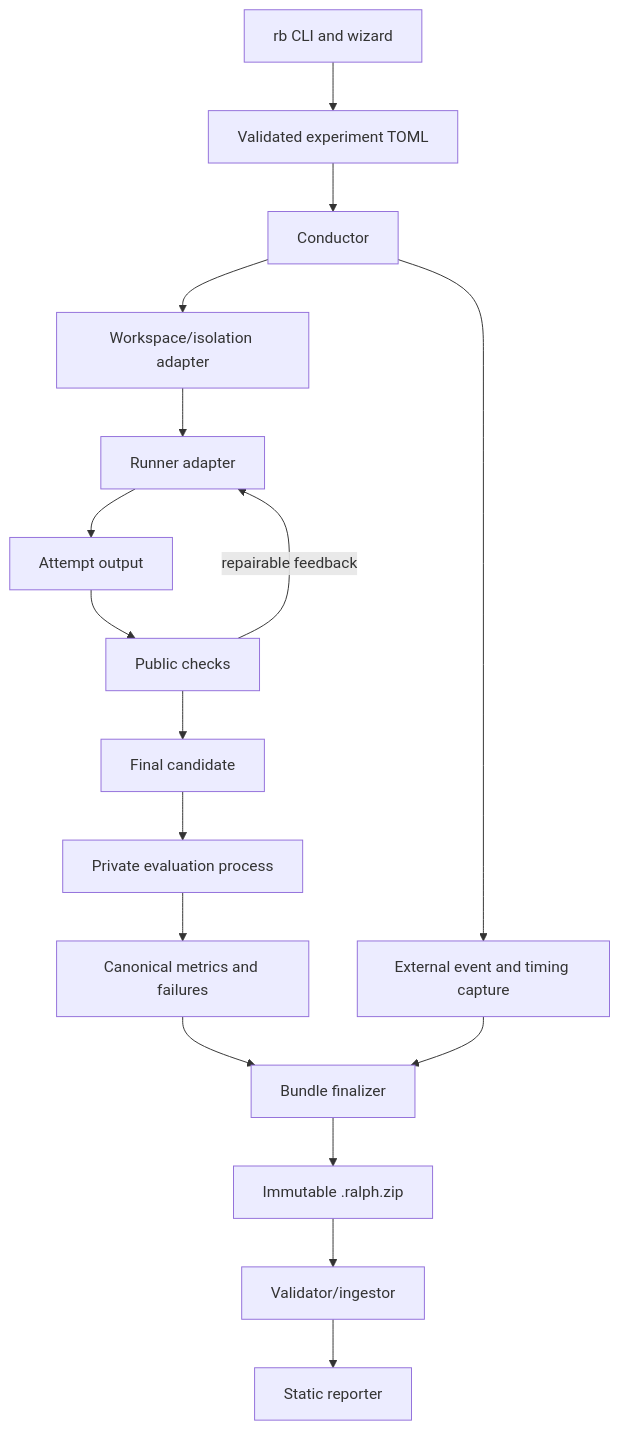
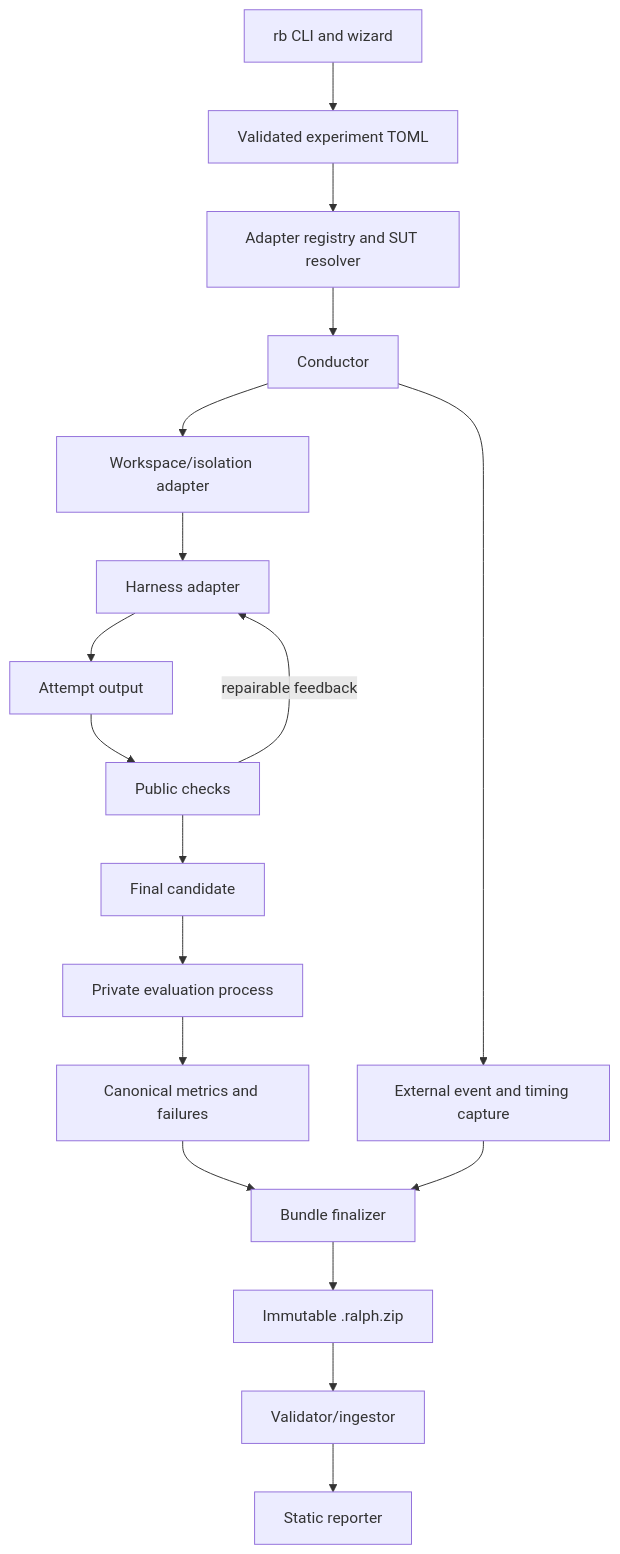
The diagram in docs/P0_PLAN.md (jeffgrover/ralph-bench), drawn with Mermaid before and after one commit. The commit also changed other lines of this file and 12 other files, not shown here.

Commit message:
docs: define polymorphic SUT adapter model

````diff
--- a/docs/P0_PLAN.md
+++ b/docs/P0_PLAN.md
@@ -163,19 +173,20 @@
 ```mermaid
 flowchart TB
     CLI["rb CLI and wizard"] --> EXP["Validated experiment TOML"]
-    EXP --> CON["Conductor"]
+    EXP --> RES["Adapter registry and SUT resolver"]
+    RES --> CON["Conductor"]
     CON --> ISO["Workspace/isolation adapter"]
-    ISO --> RUN["Runner adapter"]
+    ISO --> RUN["Harness adapter"]
     RUN --> ATT["Attempt output"]
     ATT --> PUB["Public checks"]
     PUB -->|repairable feedback| RUN
     PUB --> FIN["Final candidate"]
     FIN --> PRIV["Private evaluation process"]
     PRIV --> MET["Canonical metrics and failures"]
     CON --> EVT["External event and timing capture"]
     MET --> BUN["Bundle finalizer"]
     EVT --> BUN
     BUN --> ZIP["Immutable .ralph.zip"]
     ZIP --> ING["Validator/ingestor"]
     ING --> SITE["Static reporter"]
 ```
````
